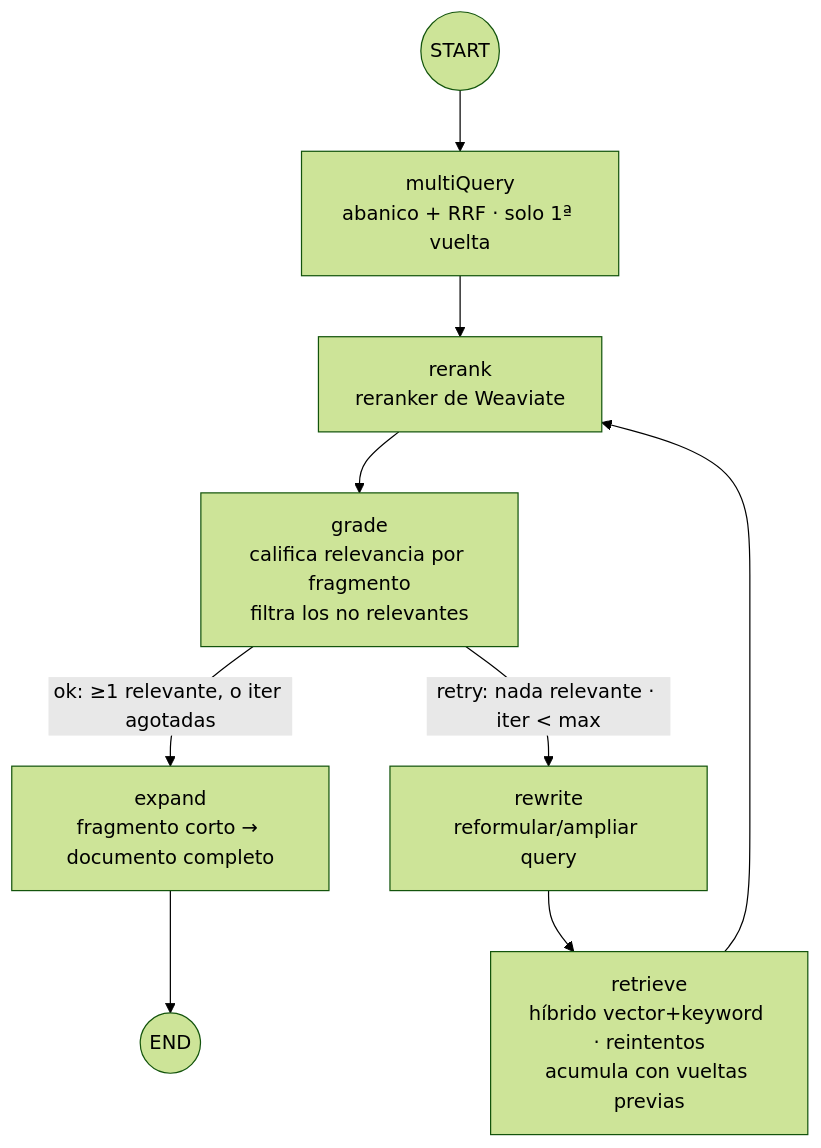
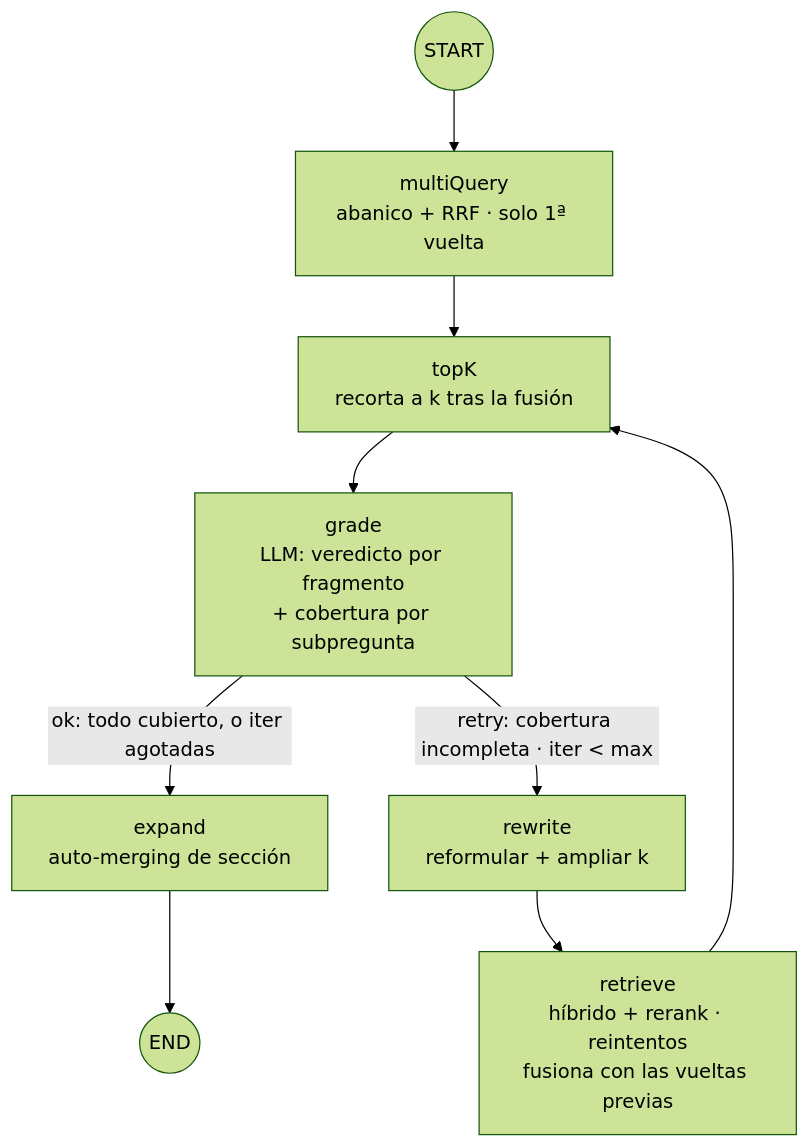
One commit to mikel0ne/ai-platform-portfolio changed the second of 2 diagrams in autoops/docs/arquitectura/03-tools-mcp.md. Above: the diagram before and after it, drawn with Mermaid (forest theme). The commit also changed other lines of this file and 40 other files, not shown here.

````diff
--- a/autoops/docs/arquitectura/03-tools-mcp.md
+++ b/autoops/docs/arquitectura/03-tools-mcp.md
@@ -144,11 +136,11 @@
 ```mermaid
 flowchart TB
     START((START)) --> multiQuery[multiQuery<br/>abanico + RRF · solo 1ª vuelta]
-    multiQuery --> rerank[rerank<br/>reranker de Weaviate]
-    retrieve[retrieve<br/>híbrido vector+keyword · reintentos<br/>acumula con vueltas previas] --> rerank
-    rerank --> grade[grade<br/>califica relevancia por fragmento<br/>filtra los no relevantes]
-    grade -->|ok: ≥1 relevante, o iter agotadas| expand[expand<br/>fragmento corto → documento completo]
-    grade -->|retry: nada relevante · iter < max| rewrite[rewrite<br/>reformular/ampliar query]
+    multiQuery --> topK[topK<br/>recorta a k tras la fusión]
+    retrieve[retrieve<br/>híbrido + rerank · reintentos<br/>fusiona con las vueltas previas] --> topK
+    topK --> grade[grade<br/>LLM: veredicto por fragmento<br/>+ cobertura por subpregunta]
+    grade -->|ok: todo cubierto, o iter agotadas| expand[expand<br/>auto-merging de sección]
+    grade -->|retry: cobertura incompleta · iter < max| rewrite[rewrite<br/>reformular + ampliar k]
     rewrite --> retrieve
     expand --> END((END))
 ```
````
